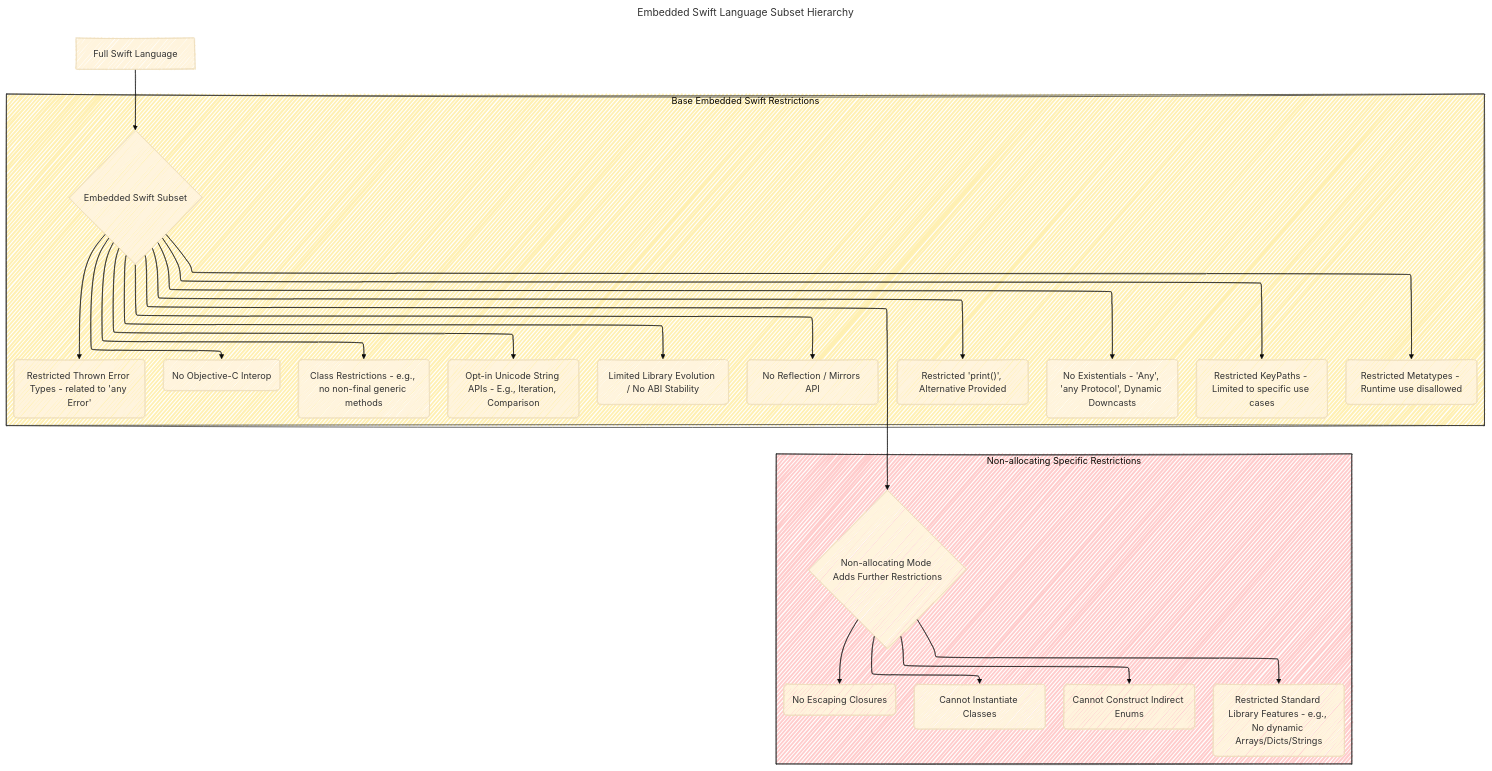
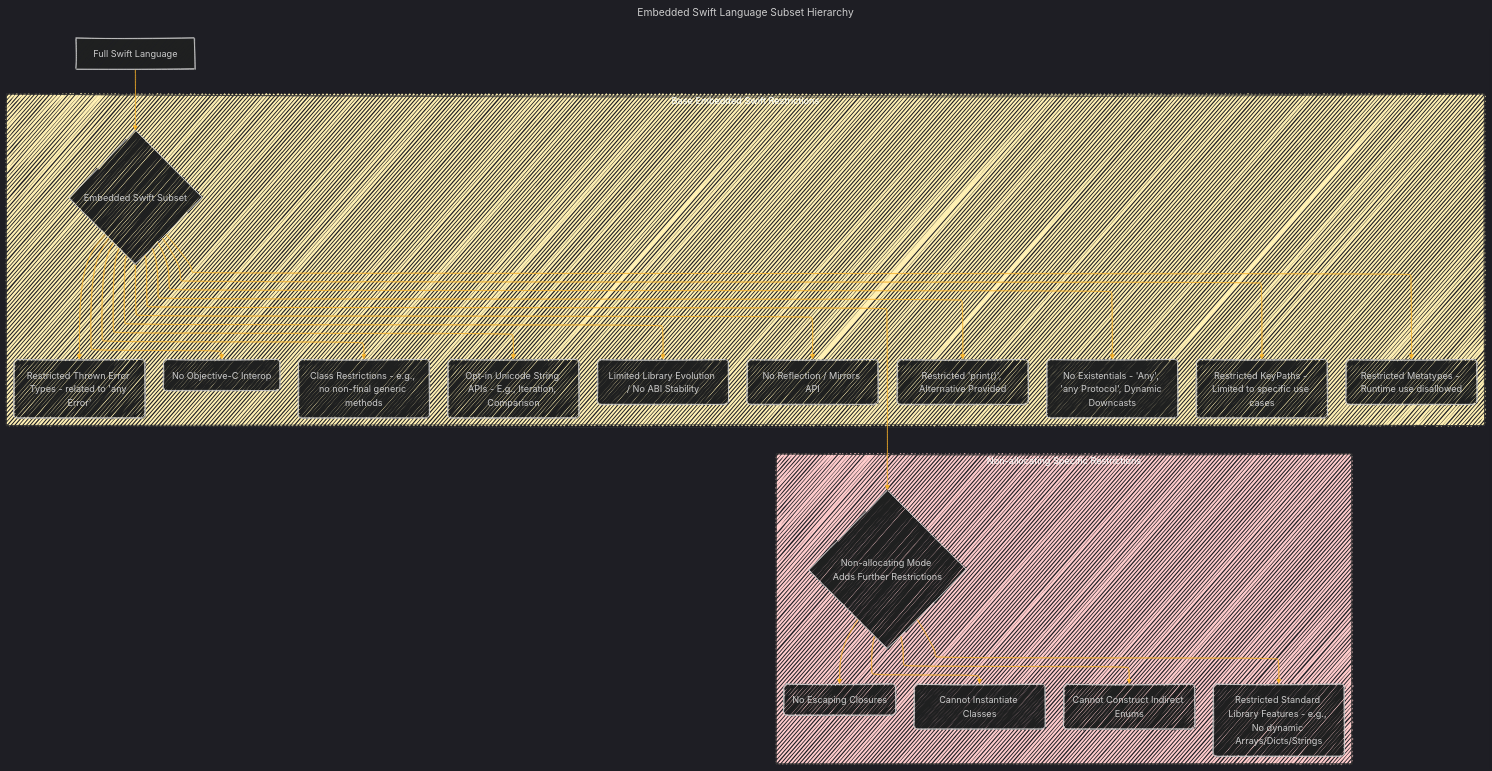
One commit to CongLeSolutionX/iOS-development-vault changed the third of 6 diagrams in SWIFT_EVOLUTION/VISIONS/A_Vision_for_Embedded_Swift.md. Above: the diagram before and after it, drawn with Mermaid. The commit also changed other lines of this file, not shown here.

````diff
--- a/SWIFT_EVOLUTION/VISIONS/A_Vision_for_Embedded_Swift.md
+++ b/SWIFT_EVOLUTION/VISIONS/A_Vision_for_Embedded_Swift.md
@@ -163,65 +163,59 @@
 ```mermaid
 ---
 title: "Embedded Swift Language Subset Hierarchy"
 author: "Cong Le"
 version: "1.0"
 license(s): "MIT, CC BY 4.0"
 copyright: "Copyright (c) 2025 Cong Le. All Rights Reserved."
 config:
   layout: elk
   look: handDrawn
-  theme: base
+  theme: dark
 ---
 %%%%%%%% Mermaid version v11.4.1-b.14
 %%%%%%%% Data Clarity Palette Theme
 %%%%%%%% Toggle theme value to `dark` or other built-in themes to disable this customized theme.
 %%%%%%%% Available curve styles include: basis, bumpX, bumpY, cardinal, catmullRom, linear, monotoneX, monotoneY, natural, step, stepAfter, stepBefore.
 %%{
   init: {
     'graph': { 'htmlLabels': false, 'curve': 'linear' },
-    'fontFamily': 'Verdana, Arial, sans-serif',
+    'fontFamily': 'Fantasy',
     'themeVariables': {
-      'primaryColor': '#F0F0F0',                   /* Neutral Light Gray (Node Background) */
-      'primaryTextColor': '#2D3748',               /* Neutral Dark Gray (Text Color) */
-      'primaryBorderColor': '#A6CEE3',             /* Category 1 Blue (Border Color) */
-      'lineColor': '#F8B229',                       
-      'secondaryColor': '#B2DF8A',                 /* Category 2 Green (Alt Node Background) */
-      'tertiaryColor': '#FB9A99'                   /* Category 3 Red (Special Node Background) */
-      /* Other Palette Colors (Use with 'style'):
-         Cat 4 Orange: #FDBF6F
-         Cat 5 Purple: #CAB2D6
-         Cat 6 Yellow: #FFFF99 (Needs dark text!)
-         Cat 7 Brown: #B15928
-         White: #FFFFFF */
+      'primaryColor': '#ffff',
+      'primaryTextColor': '#55ff',
+      'primaryBorderColor': '#7c2',
+      'lineColor': '#F8B229',
+      'secondaryColor': '#006100',
+      'tertiaryColor': '#fff'
     }
   }
 }%%
 graph TD
     A[Full Swift Language] --> B{Embedded Swift Subset}
 
     subgraph Embedded_Restrictions["Base Embedded Swift Restrictions"]
         B --> B1(Limited Library Evolution / No ABI Stability)
         B --> B2(No Objective-C Interop)
         B --> B3(No Reflection / Mirrors API)
         B --> B4("Restricted 'print()', Alternative Provided")
         B --> B5(Restricted Metatypes - Runtime use disallowed)
         B --> B6(No Existentials - 'Any', 'any Protocol', Dynamic Downcasts)
         B --> B7(Restricted Thrown Error Types - related to 'any Error')
         B --> B8(Class Restrictions - e.g., no non-final generic methods)
         B --> B9(Restricted KeyPaths - Limited to specific use cases)
         B --> B10(Opt-in Unicode String APIs - E.g., Iteration, Comparison)
     end
 
     B --> C{Non-allocating Mode Adds Further Restrictions}
 
     subgraph NonAllocating_Restrictions["Non-allocating Specific Restrictions"]
        C --> C1(Cannot Instantiate Classes)
        C --> C2(Cannot Construct Indirect Enums)
        C --> C3(No Escaping Closures)
        C --> C4(Restricted Standard Library Features - e.g., No dynamic Arrays/Dicts/Strings)
     end
 
     style Embedded_Restrictions fill:#fff0b3,stroke:#333
     style NonAllocating_Restrictions fill:#ffcccc,stroke:#333
     
 ```
````
